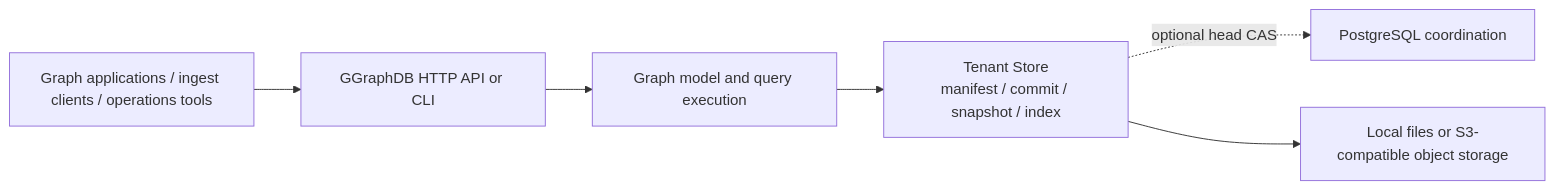
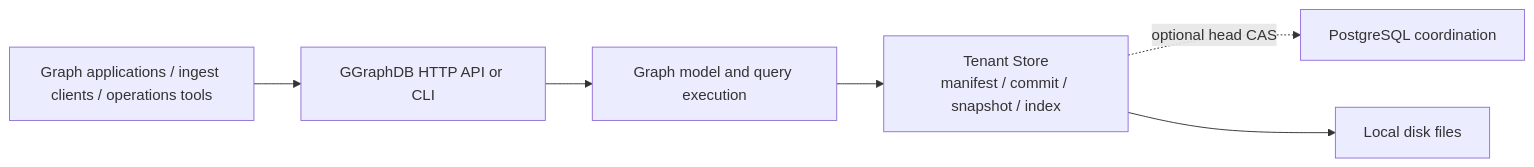
The diagram in docs/database-introduction.md (SamuelSupe/graphdb), drawn with Mermaid before and after one commit. The commit also changed other lines of this file and 326 other files, not shown here.

Commit message:
release: publish independent local disk edition v1.3.4-local.1

````diff
--- a/docs/database-introduction.md
+++ b/docs/database-introduction.md
@@ -93,8 +93,8 @@
 ```mermaid
 flowchart LR
   Client["Graph applications / ingest clients / operations tools"] --> API["GGraphDB HTTP API or CLI"]
   API --> Graph["Graph model and query execution"]
   Graph --> Store["Tenant Store\nmanifest / commit / snapshot / index"]
   Store -. optional head CAS .-> PG["PostgreSQL coordination"]
-  Store --> Object["Local files or S3-compatible object storage"]
+  Store --> Object["Local disk files"]
 ```
````
